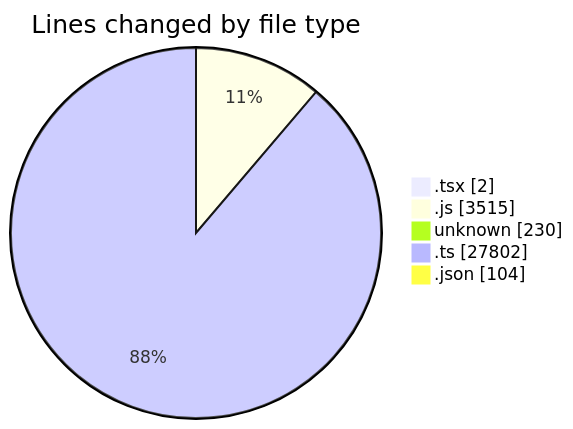
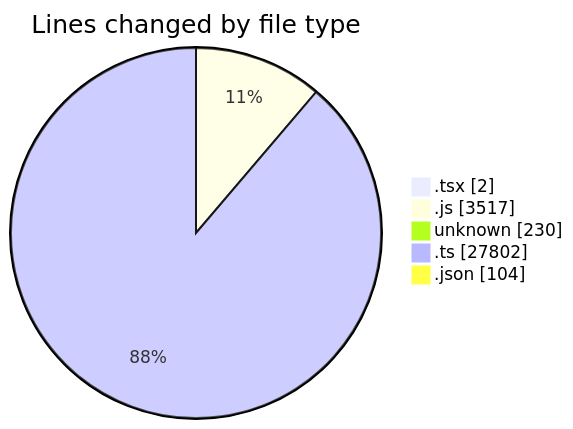
One commit to momahboobian/code-tracking changed the first of 2 diagrams in 2026-05-06/cda/README.md. Above: the diagram before and after it, drawn with Mermaid. The commit also changed other lines of this file and 1 other file, not shown here.

````diff
--- a/2026-05-06/cda/README.md
+++ b/2026-05-06/cda/README.md
@@ -37,9 +37,9 @@
 ```mermaid
 pie showData
 title Lines changed by file type
 ".tsx" : 2
-".js" : 3515
+".js" : 3517
 "unknown" : 230
 ".ts" : 27802
 ".json" : 104
 ```
````
